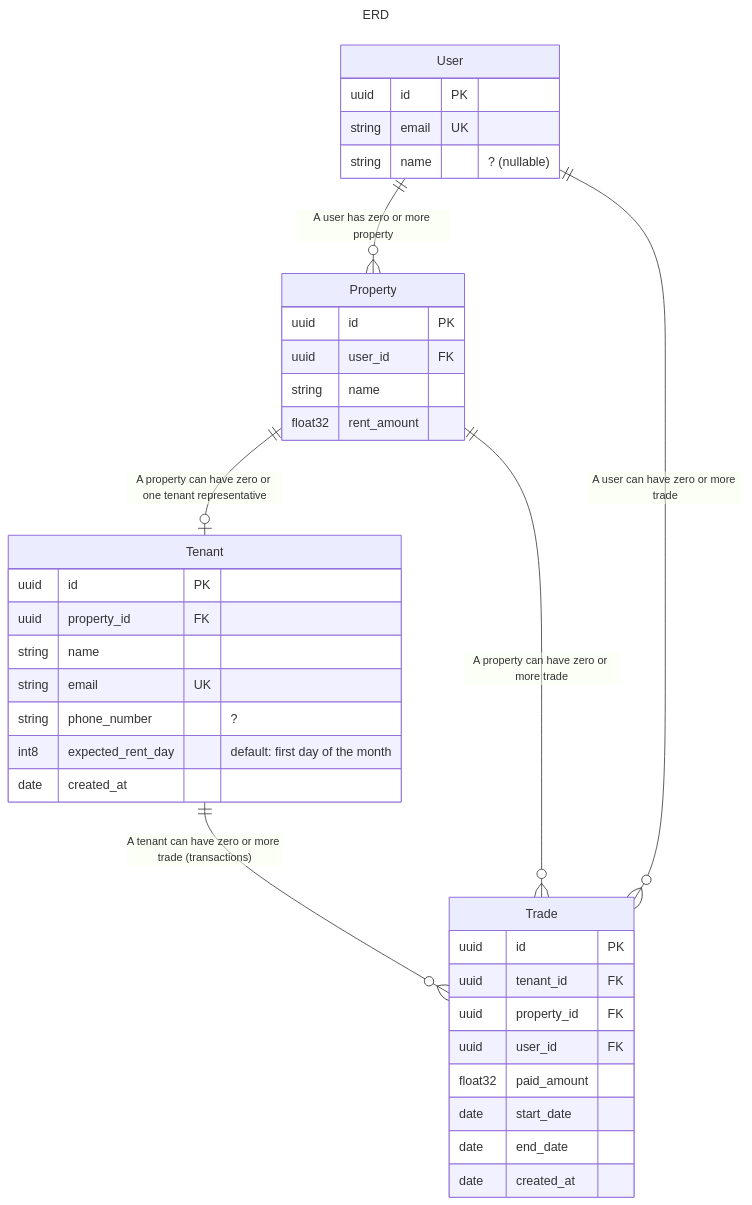
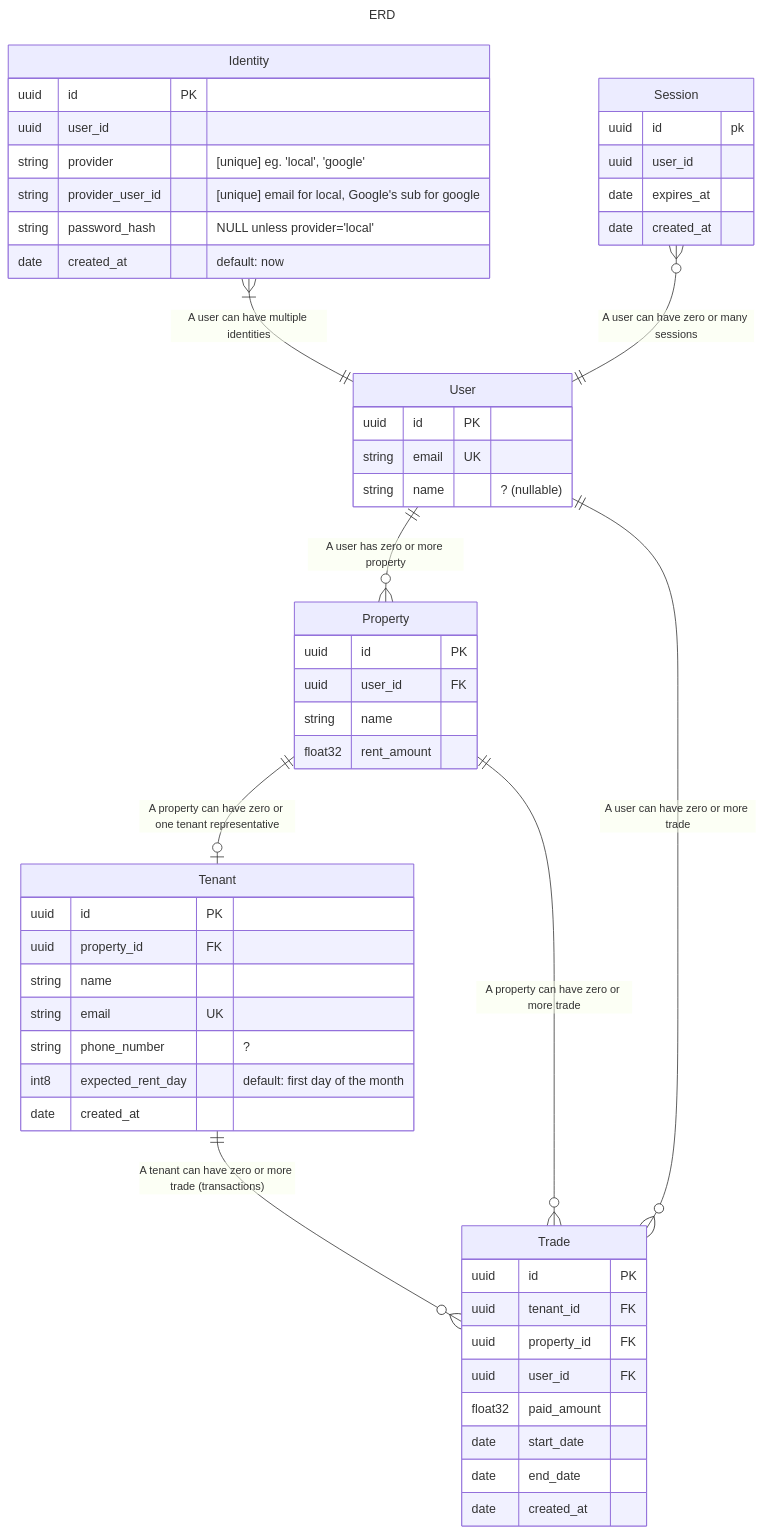
One commit to Se7enSe7enSe7en/tenant-manager changed the diagram in specs/erd.md. Above: the diagram before and after it, drawn with Mermaid. The commit also changed other lines of this file and 37 other files, not shown here.

Commit message:
feat: authentication flow

````diff
--- a/specs/erd.md
+++ b/specs/erd.md
@@ -3,45 +3,63 @@
 ```Mermaid
 ---
 title: ERD
 ---
 erDiagram
     User {
         uuid id PK
         string email UK
         string name "? (nullable)"
     }
+
+    Identity {
+        uuid id PK
+        uuid user_id
+        string provider "[unique] eg. 'local', 'google'"
+        string provider_user_id "[unique] email for local, Google's sub for google"
+        string password_hash "NULL unless provider='local'"
+        date created_at "default: now"
+    }
+    Identity }|--|| User : "A user can have multiple identities"
+
+    Session {
+        uuid id pk
+        uuid user_id
+        date expires_at
+        date created_at
+    }
+    Session }o--|| User : "A user can have zero or many sessions"
 
     Property {
         uuid id PK
         uuid user_id FK
         string name
         float32 rent_amount
     }
     User ||--o{ Property : "A user has zero or more property"
 
     Tenant {
         uuid id PK
         uuid property_id FK
         string name
         string email UK
         string phone_number "?"
         int8 expected_rent_day "default: first day of the month"
         date created_at
     }
     Property ||--o| Tenant : "A property can have zero or one tenant representative"
 
     Trade {
         uuid id PK
         uuid tenant_id FK
         uuid property_id FK
         uuid user_id FK
         float32 paid_amount
         date start_date
         date end_date
         date created_at
     }
     Tenant ||--o{ Trade : "A tenant can have zero or more trade (transactions)"
     User ||--o{ Trade : "A user can have zero or more trade"
     Property ||--o{ Trade : "A property can have zero or more trade"
 
 ```
````
